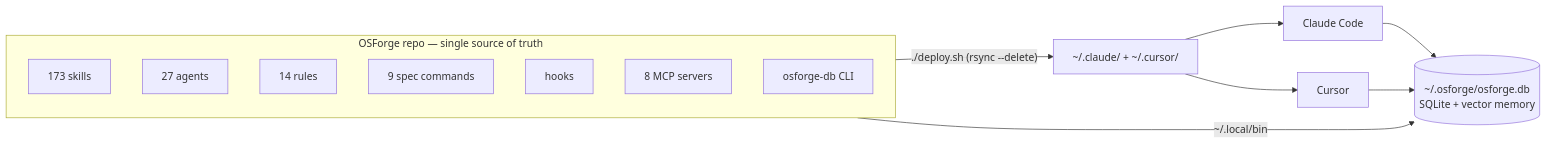
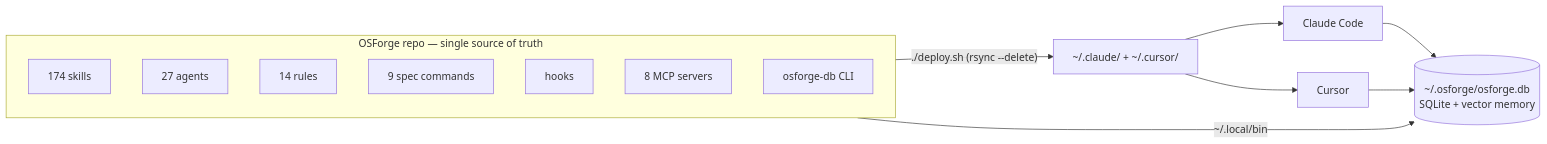
Before and after one commit to plocemourasouza/osforge: the first of 5 diagrams in README.md, drawn with Mermaid. The commit also changed other lines of this file and 8 other files, not shown here.

````diff
--- a/README.md
+++ b/README.md
@@ -50,19 +50,19 @@
 ```mermaid
 flowchart LR
   subgraph REPO["OSForge repo — single source of truth"]
     direction TB
-    SK["173 skills"]
+    SK["174 skills"]
     AG["27 agents"]
     RU["14 rules"]
     CM["9 spec commands"]
     HK["hooks"]
     MC["8 MCP servers"]
     DBCLI["osforge-db CLI"]
   end
   REPO -->|"./deploy.sh (rsync --delete)"| HOME["~/.claude/ + ~/.cursor/"]
   HOME --> CC["Claude Code"]
   HOME --> CU["Cursor"]
   DBCLI -->|"~/.local/bin"| STATE[("~/.osforge/osforge.db<br/>SQLite + vector memory")]
   CC --> STATE
   CU --> STATE
 ```
````
